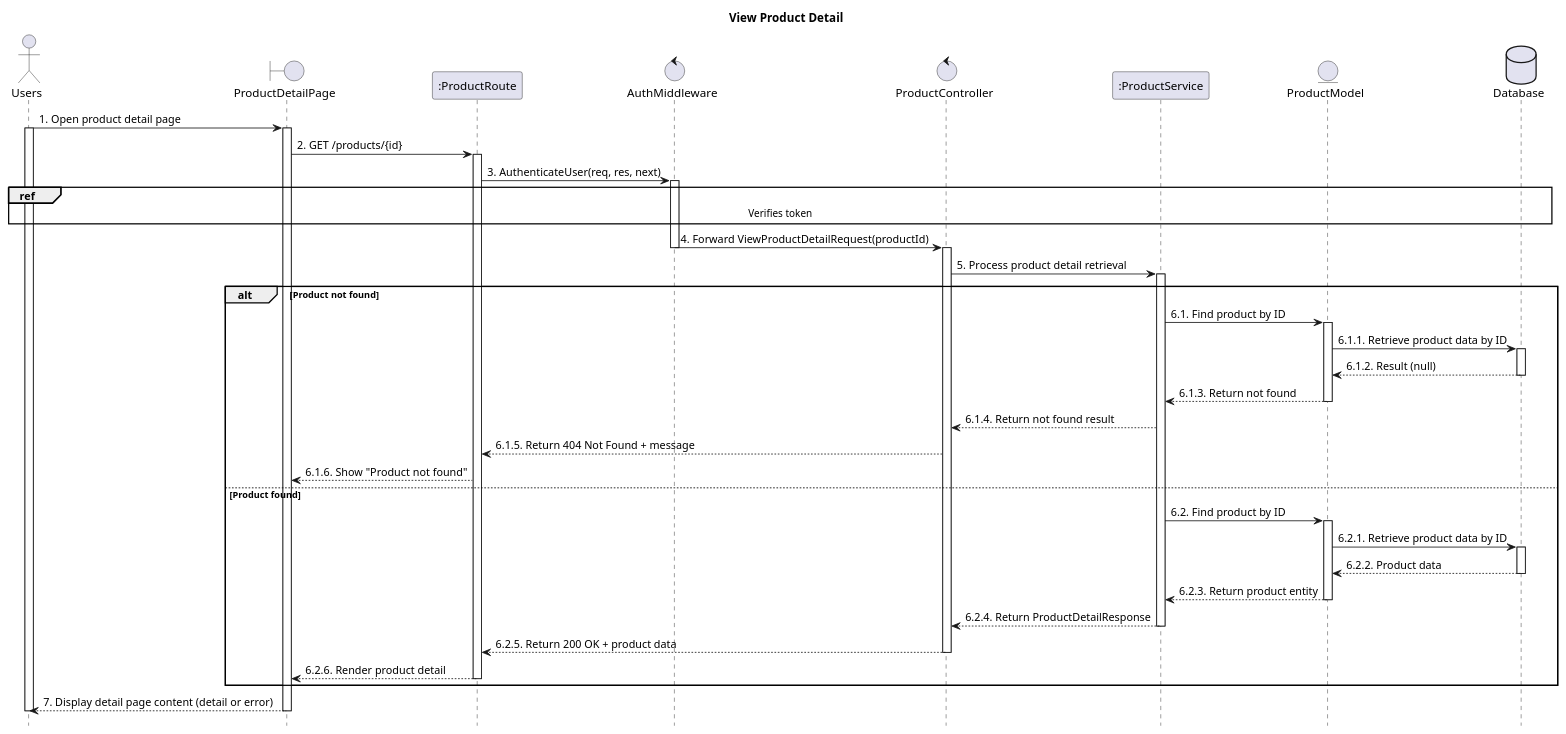
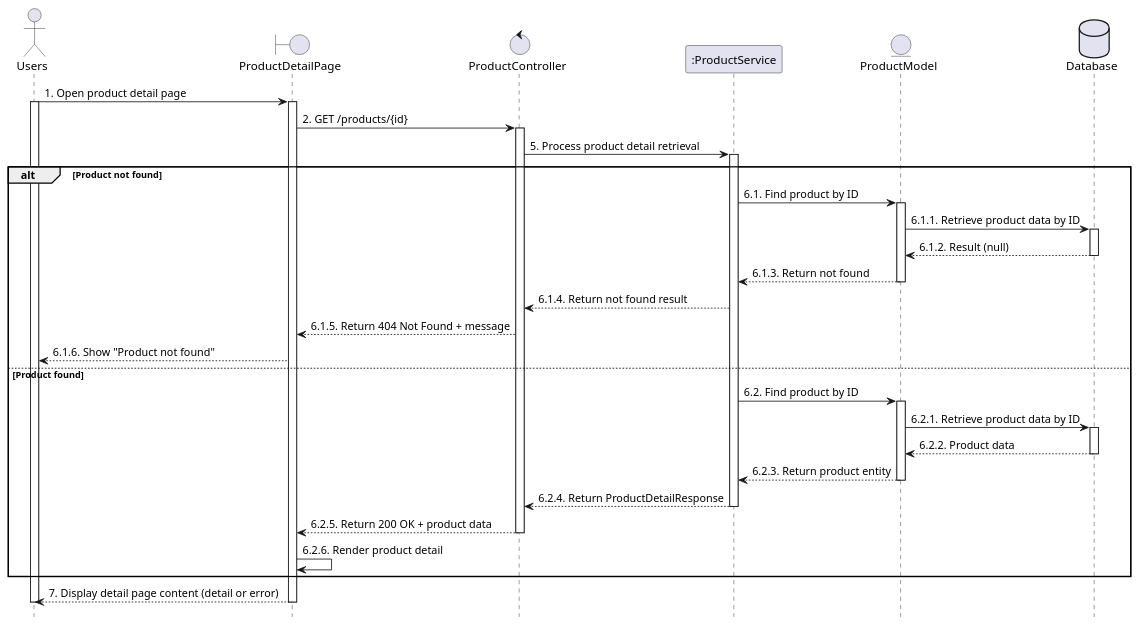
Before and after one commit to VietDurian/VietDurian: the diagram in planuml/web/13.2.1_viewProductDetail.puml, drawn with PlantUML. The commit also changed 39 other files, not shown here.

Commit message:
ViVLT: Add sequence diagram

```diff
--- a/planuml/web/13.2.1_viewProductDetail.puml
+++ b/planuml/web/13.2.1_viewProductDetail.puml
@@ -1,69 +1,58 @@
 @startuml 13.2.1_viewProductDetail
 hide footbox
-title View Product Detail
 
 actor User as "Users"
 boundary ProductDetailPage as View
-participant ":ProductRoute" as Route
-control "AuthMiddleware" as Middleware
 control "ProductController" as Controller
 participant ":ProductService" as Service
 entity "ProductModel" as Model
 database Database as Database
 
 User -> View : 1. Open product detail page
 activate View
 activate User
 
-    View -> Route : 2. GET /products/{id}
-    activate Route
-
-    Route -> Middleware : 3. AuthenticateUser(req, res, next)
-    activate Middleware
-    ref over User, Database : Verifies token
-    Middleware -> Controller : 4. Forward ViewProductDetailRequest(productId)
-    deactivate Middleware
+    View -> Controller : 2. GET /products/{id}
     activate Controller
 
     Controller -> Service : 5. Process product detail retrieval
     activate Service
 
 alt Product not found
     Service -> Model : 6.1. Find product by ID
     activate Model
 
     Model -> Database : 6.1.1. Retrieve product data by ID
     activate Database
     Database --> Model : 6.1.2. Result (null)
     deactivate Database
 
     Model --> Service : 6.1.3. Return not found
     deactivate Model
 
         Service --> Controller : 6.1.4. Return not found result
-        Controller --> Route : 6.1.5. Return 404 Not Found + message
-        Route --> View : 6.1.6. Show "Product not found"
+        Controller --> View : 6.1.5. Return 404 Not Found + message
+        View --> User : 6.1.6. Show "Product not found"
 else Product found
         Service -> Model : 6.2. Find product by ID
         activate Model
 
         Model -> Database : 6.2.1. Retrieve product data by ID
         activate Database
         Database --> Model : 6.2.2. Product data
         deactivate Database
 
         Model --> Service : 6.2.3. Return product entity
         deactivate Model
 
         Service --> Controller : 6.2.4. Return ProductDetailResponse
         deactivate Service
-        Controller --> Route : 6.2.5. Return 200 OK + product data
+        Controller --> View : 6.2.5. Return 200 OK + product data
         deactivate Controller
-        Route --> View : 6.2.6. Render product detail
-        deactivate Route
+        View -> View : 6.2.6. Render product detail
 end
 
 View --> User : 7. Display detail page content (detail or error)
 deactivate View
 deactivate User
 @enduml
```
